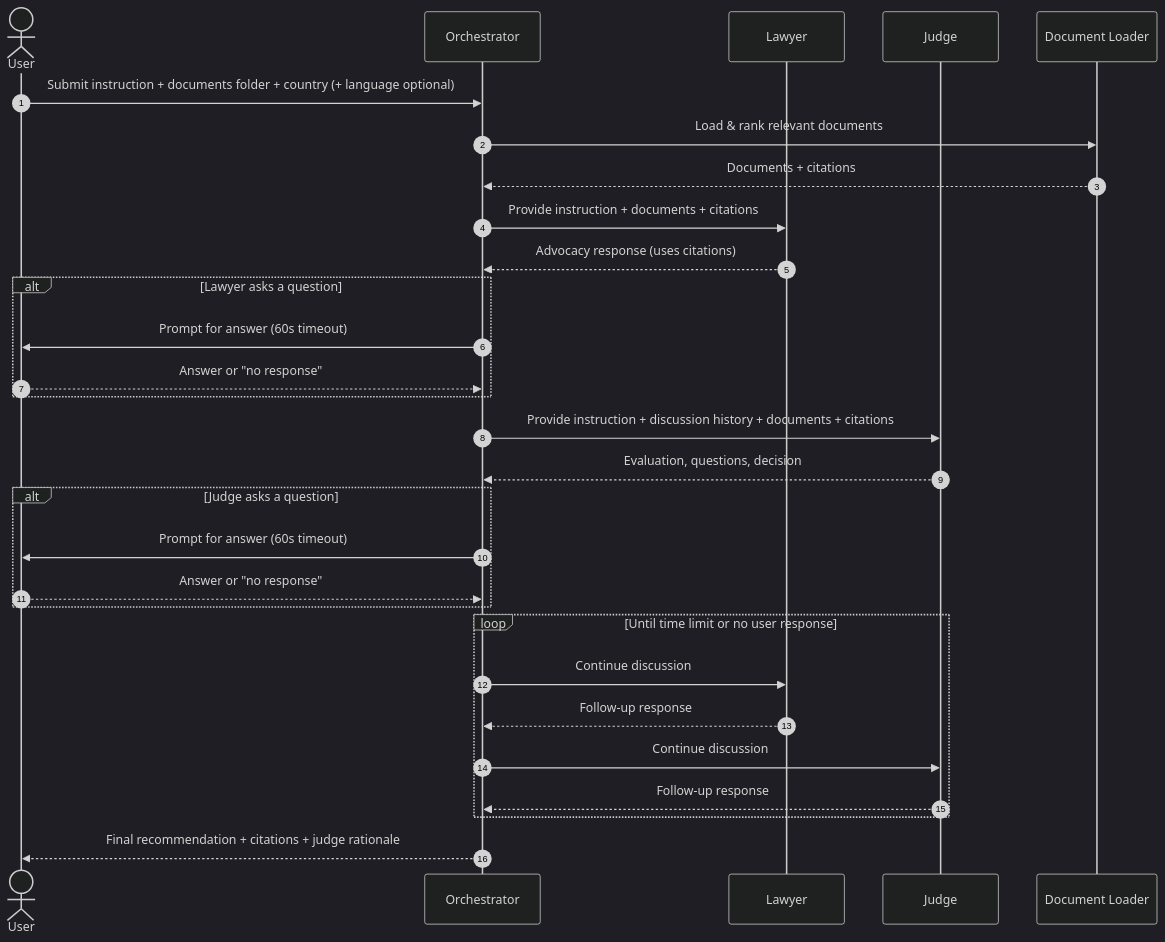
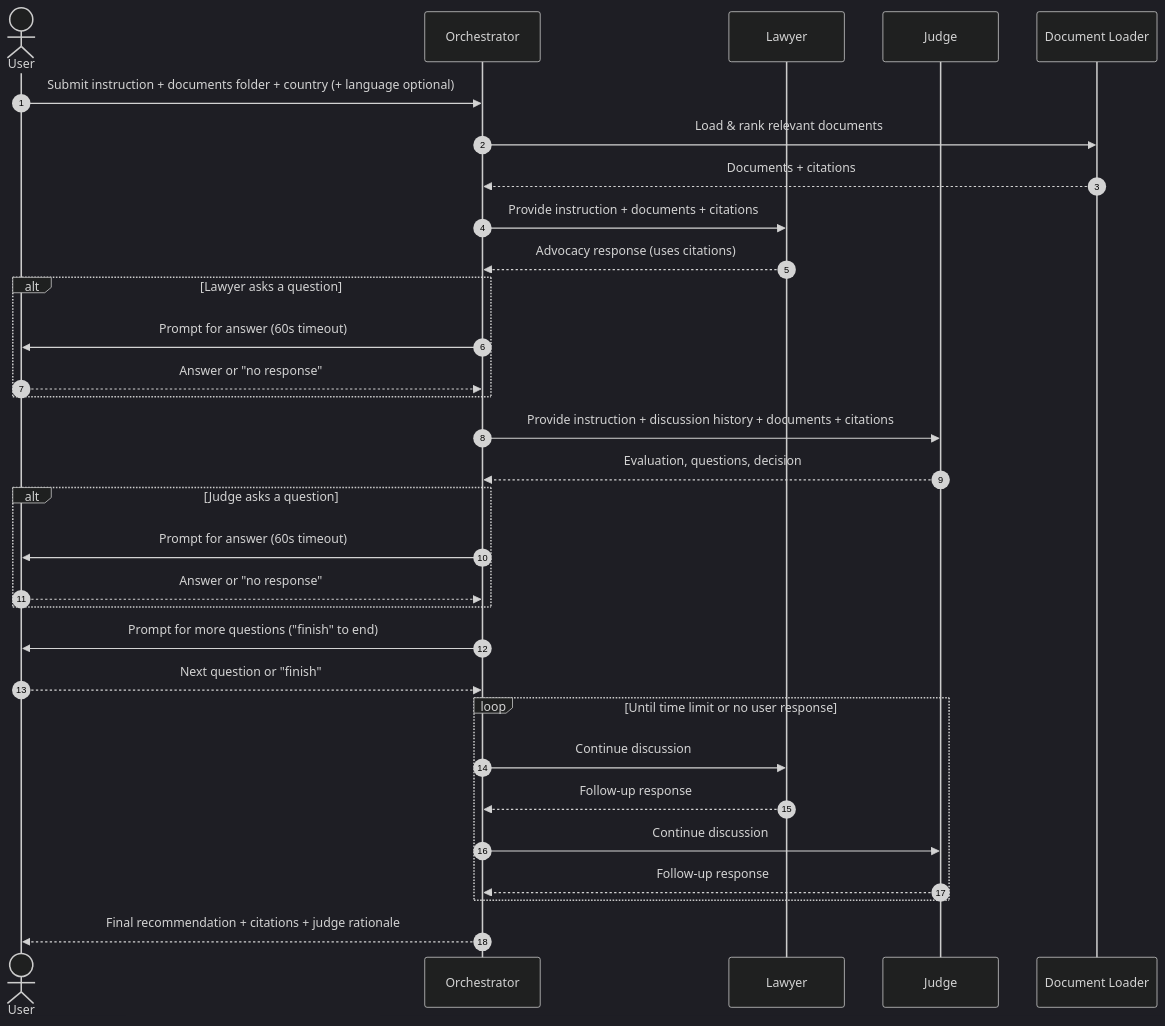
The diagram in docs/SEQUENCE.md (mmaideveloper/aijurisdictionagents), drawn with Mermaid (dark theme) before and after one commit. The commit also changed 4 other files, not shown here.

````diff
--- a/docs/SEQUENCE.md
+++ b/docs/SEQUENCE.md
@@ -3,32 +3,34 @@
 ```mermaid
 sequenceDiagram
     autonumber
     actor User
     participant Orchestrator
     participant Lawyer
     participant Judge
     participant Docs as Document Loader
 
     User->>Orchestrator: Submit instruction + documents folder + country (+ language optional)
     Orchestrator->>Docs: Load & rank relevant documents
     Docs-->>Orchestrator: Documents + citations
     Orchestrator->>Lawyer: Provide instruction + documents + citations
     Lawyer-->>Orchestrator: Advocacy response (uses citations)
     alt Lawyer asks a question
         Orchestrator->>User: Prompt for answer (60s timeout)
         User-->>Orchestrator: Answer or "no response"
     end
     Orchestrator->>Judge: Provide instruction + discussion history + documents + citations
     Judge-->>Orchestrator: Evaluation, questions, decision
     alt Judge asks a question
         Orchestrator->>User: Prompt for answer (60s timeout)
         User-->>Orchestrator: Answer or "no response"
     end
+    Orchestrator->>User: Prompt for more questions ("finish" to end)
+    User-->>Orchestrator: Next question or "finish"
     loop Until time limit or no user response
         Orchestrator->>Lawyer: Continue discussion
         Lawyer-->>Orchestrator: Follow-up response
         Orchestrator->>Judge: Continue discussion
         Judge-->>Orchestrator: Follow-up response
     end
     Orchestrator-->>User: Final recommendation + citations + judge rationale
 ```
````
